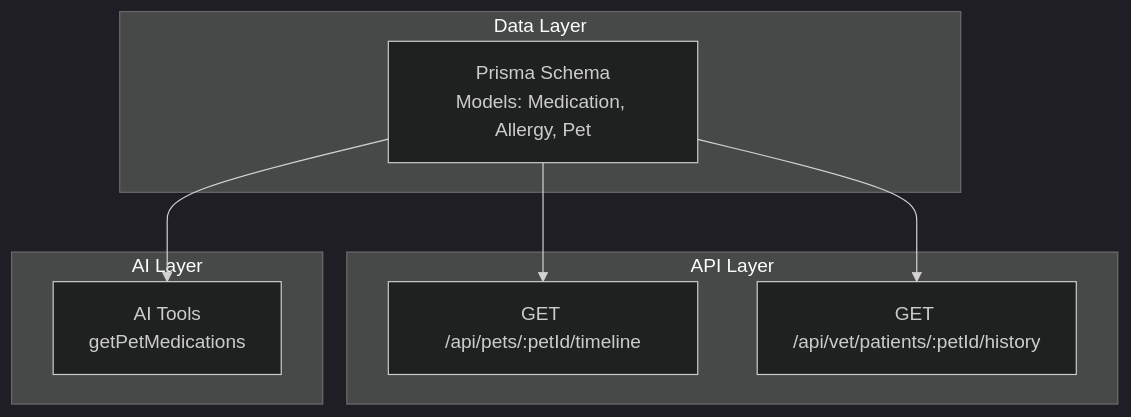
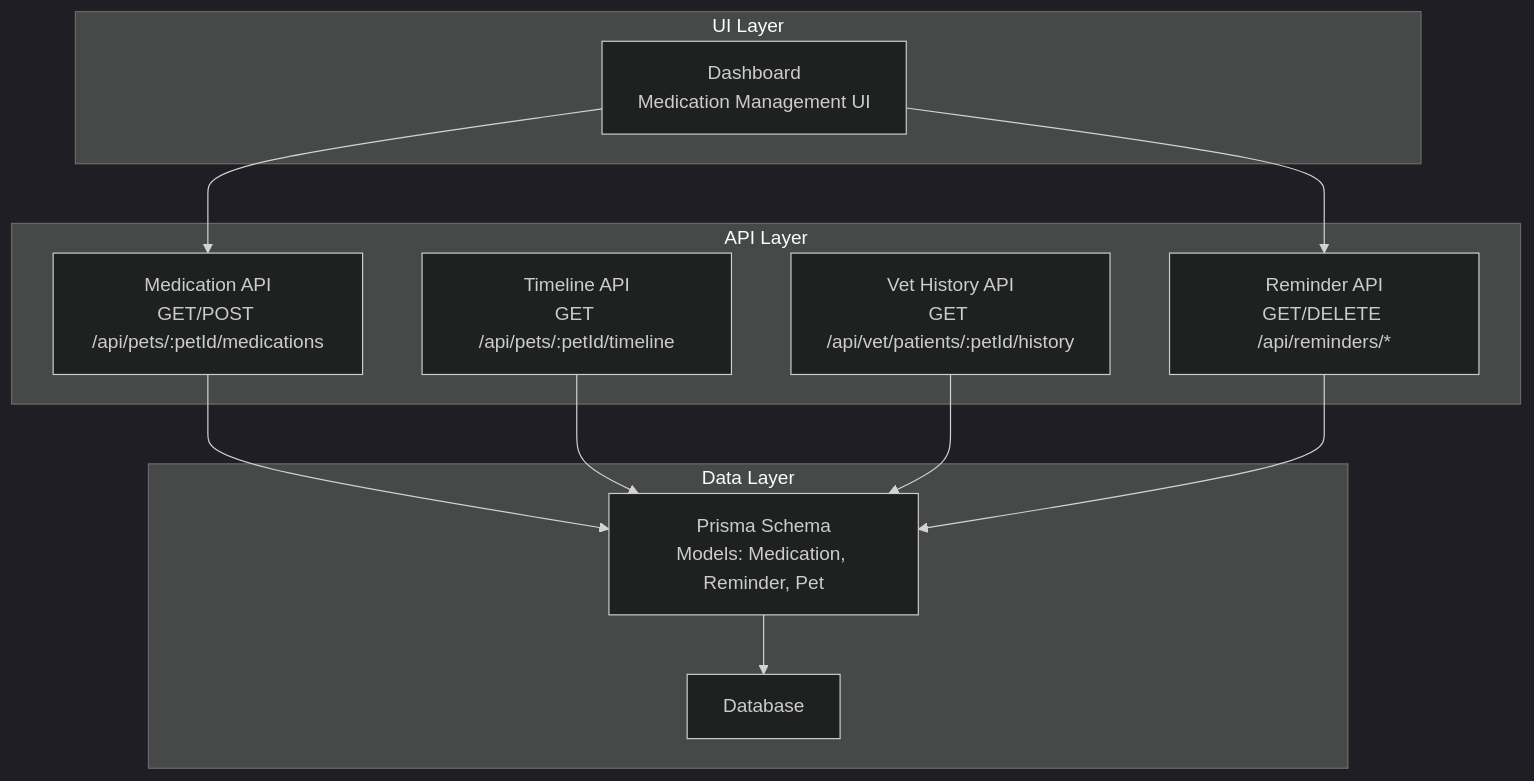
Before and after one commit to Javeria-Javaid/ai-powered-pet-healthcare-ecosystem: the first of 7 diagrams in .qoder/repowiki/en/content/Pet Health Management/Medication Management.md, drawn with Mermaid (dark theme). The commit also changed other lines of this file and 45 other files, not shown here.

````diff
--- a/.qoder/repowiki/en/content/Pet Health Management/Medication Management.md
+++ b/.qoder/repowiki/en/content/Pet Health Management/Medication Management.md
@@ -31,16 +44,23 @@
 ```mermaid
 graph TB
+subgraph "API Layer"
+M["Medication API<br/>GET/POST /api/pets/:petId/medications"]
+T["Timeline API<br/>GET /api/pets/:petId/timeline"]
+H["Vet History API<br/>GET /api/vet/patients/:petId/history"]
+R["Reminder API<br/>GET/DELETE /api/reminders/*"]
+end
 subgraph "Data Layer"
-S["Prisma Schema<br/>Models: Medication, Allergy, Pet"]
+S["Prisma Schema<br/>Models: Medication, Reminder, Pet"]
+DB["Database"]
 end
-subgraph "API Layer"
-T["GET /api/pets/:petId/timeline"]
-H["GET /api/vet/patients/:petId/history"]
+subgraph "UI Layer"
+D["Dashboard<br/>Medication Management UI"]
 end
-subgraph "AI Layer"
-A["AI Tools<br/>getPetMedications"]
-end
-S --> T
-S --> H
-S --> A
+M --> S
+T --> S
+H --> S
+R --> S
+D --> M
+D --> R
+S --> DB
 ```
````
